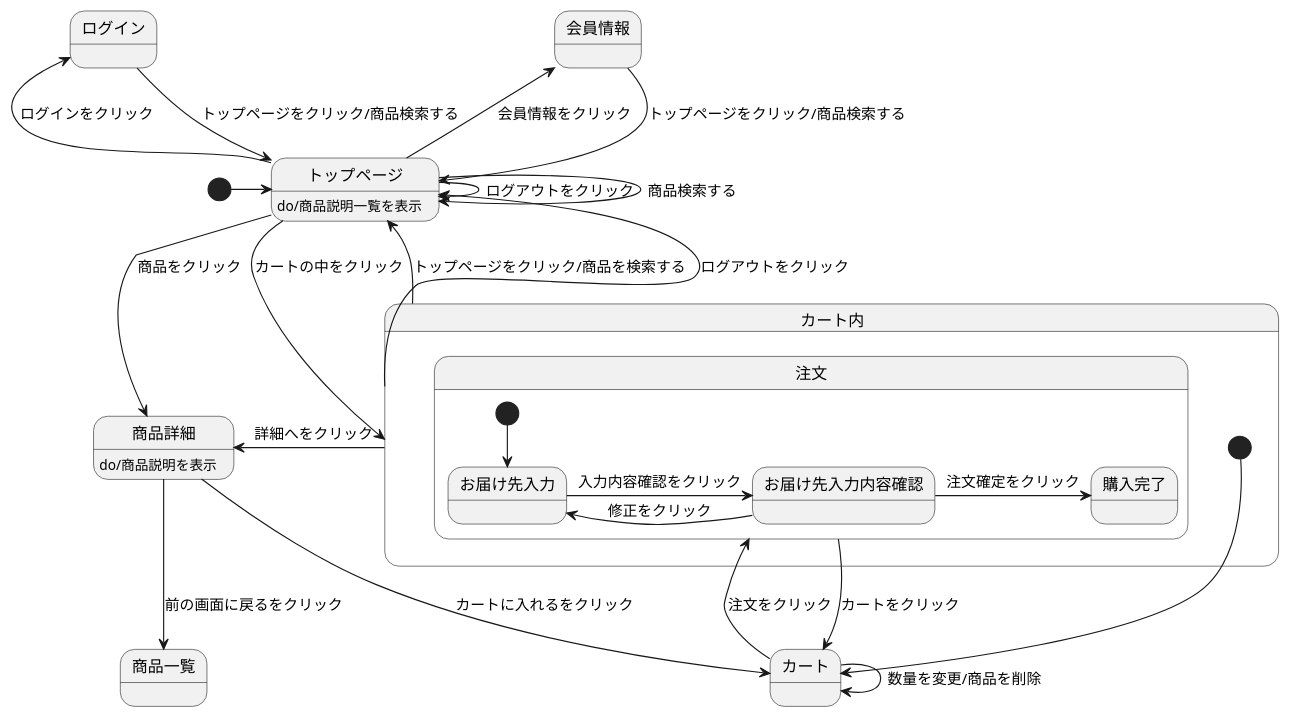
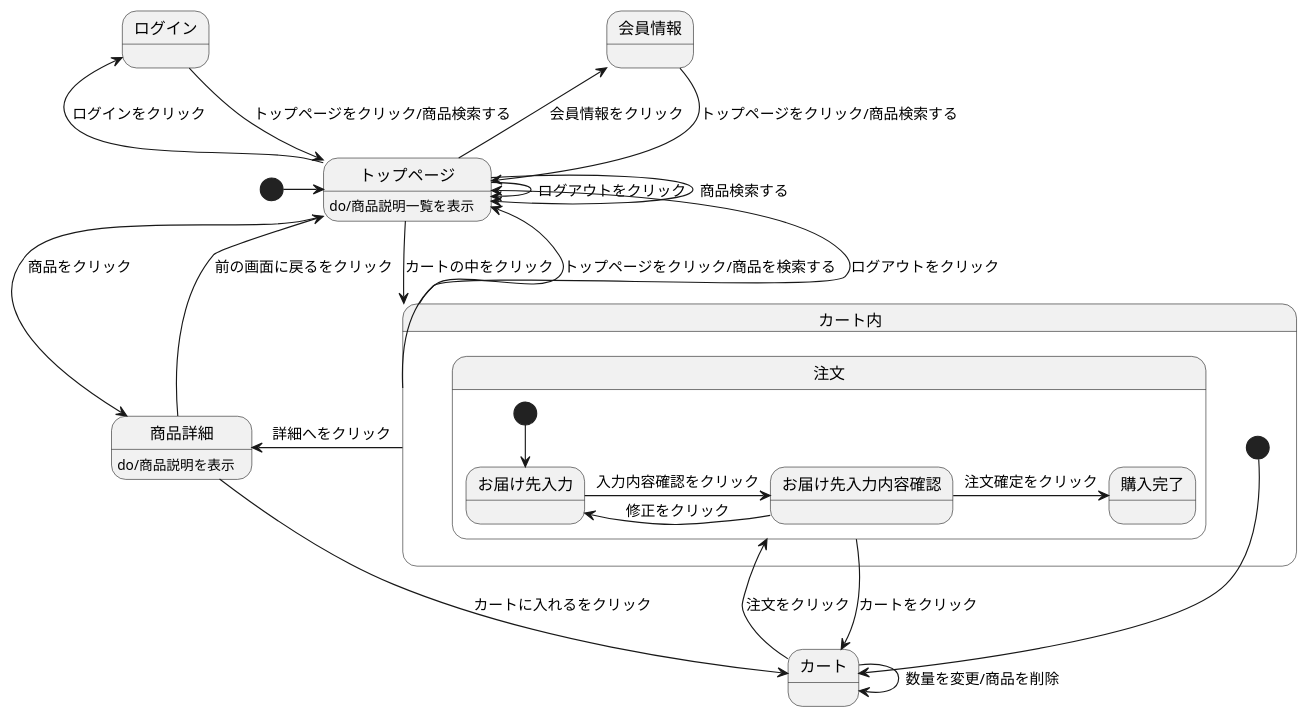
The diagram in stm01.md (Aso2001026/2021sys-design), drawn with PlantUML before and after one commit.

````diff
--- a/stm01.md
+++ b/stm01.md
@@ -1,35 +1,35 @@
 ```uml
 @startuml
 
 [*] -> トップページ
 会員情報 --> トップページ : トップページをクリック/商品検索する
 ログイン --> トップページ : トップページをクリック/商品検索する
 トップページ -> トップページ : ログアウトをクリック
 トップページ -> トップページ : 商品検索する
 トップページ -> 商品詳細 : 商品をクリック
 トップページ -left-> 会員情報 : 会員情報をクリック
 トップページ -left-> ログイン : ログインをクリック
 トップページ --> カート内 : カートの中をクリック
 トップページ:do/商品説明一覧を表示
 商品詳細 --> カート : カートに入れるをクリック
-商品詳細 --> 商品一覧 : 前の画面に戻るをクリック
+商品詳細 --> トップページ : 前の画面に戻るをクリック
 商品詳細:do/商品説明を表示
 カート内-up-> トップページ : トップページをクリック/商品を検索する
 カート内 -up-> トップページ : ログアウトをクリック
 カート内 -> 商品詳細 : 詳細へをクリック
 
 state カート内{
 [*] --> カート
 カート -> 注文 : 注文をクリック
 カート -> カート : 数量を変更/商品を削除
 注文 --> カート : カートをクリック
  state 注文{
   [*] --> お届け先入力
   お届け先入力 -> お届け先入力内容確認 : 入力内容確認をクリック
   お届け先入力内容確認 -> お届け先入力 : 修正をクリック
   お届け先入力内容確認 -> 購入完了 : 注文確定をクリック
  }
 }
 @enduml
 
 ```
````
